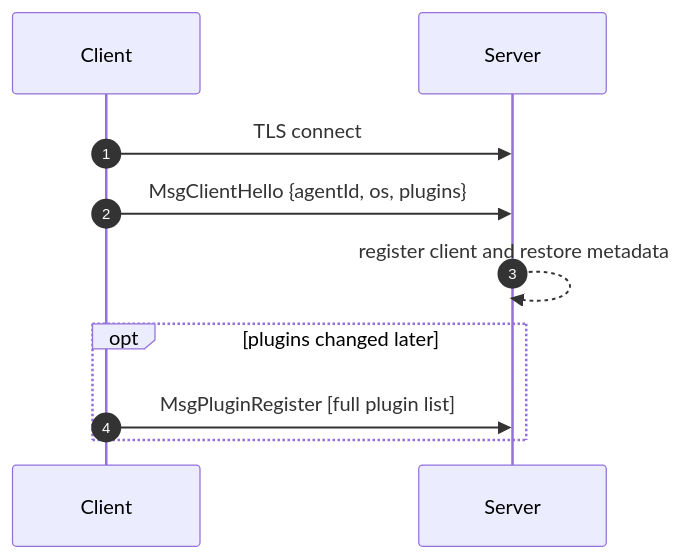
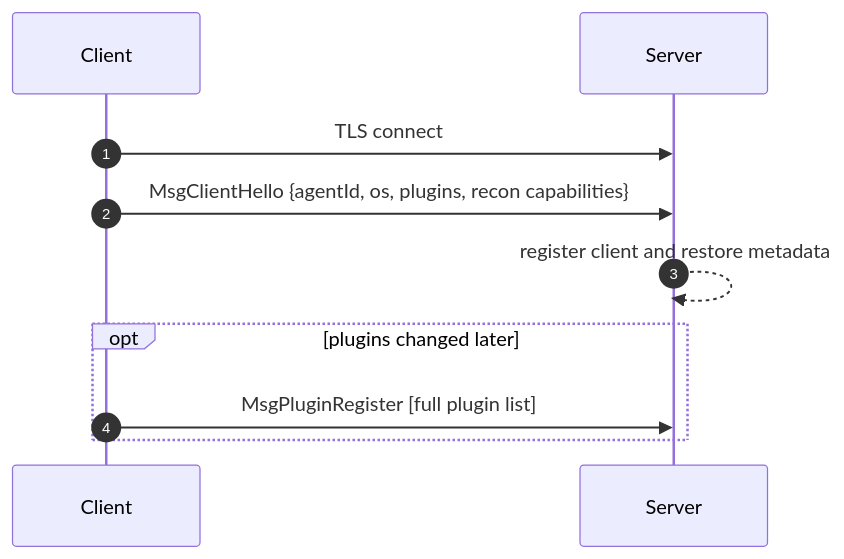
One commit to SignorMercurio/siren_docs changed the first of 6 diagrams in content/docs/(siren)/protocol.mdx. Above: the diagram before and after it, drawn with Mermaid. The commit also changed other lines of this file and 15 other files, not shown here.

````diff
--- a/content/docs/(siren)/protocol.mdx
+++ b/content/docs/(siren)/protocol.mdx
@@ -98,12 +101,12 @@
 ```mermaid
 sequenceDiagram
     autonumber
     participant C as Client
     participant S as Server
     C->>S: TLS connect
-    C->>S: MsgClientHello {agentId, os, plugins}
+    C->>S: MsgClientHello {agentId, os, plugins, recon capabilities}
     S-->>S: register client and restore metadata
     opt plugins changed later
         C->>S: MsgPluginRegister [full plugin list]
     end
 ```
````
